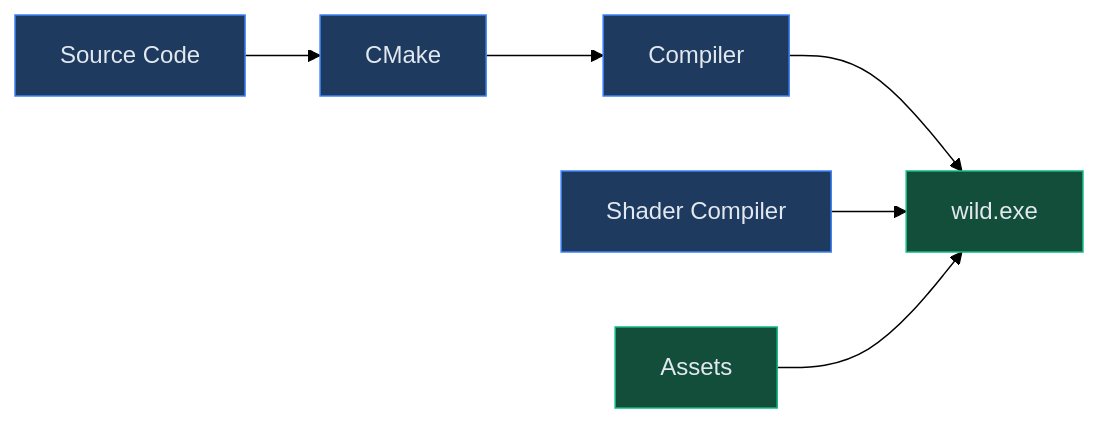
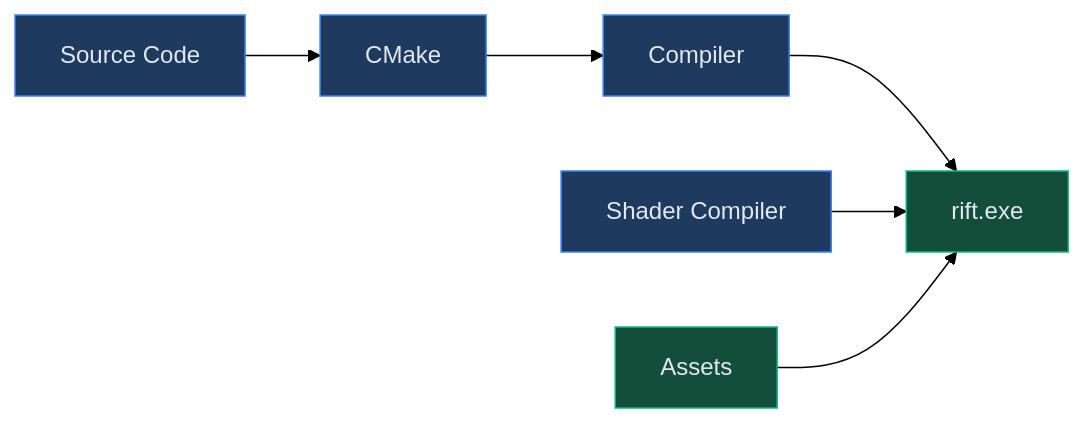
One commit to baaz777/rift changed the first of 2 diagrams in docs/BUILDING.md. Above: the diagram before and after it, drawn with Mermaid (forest theme). The commit also changed other lines of this file and 28 other files, not shown here.

```diff
--- a/docs/BUILDING.md
+++ b/docs/BUILDING.md
@@ -8,18 +8,18 @@
 <pre class="mermaid">
 flowchart LR
     classDef tool fill:#1e3a5f,stroke:#3b82f6,color:#e2e8f0
     classDef output fill:#134e3a,stroke:#10b981,color:#e2e8f0
 
     Source["Source Code"]:::tool
     CMake["CMake"]:::tool
     Compiler["Compiler"]:::tool
     Shaders["Shader Compiler"]:::tool
-    Exe["wild.exe"]:::output
+    Exe["rift.exe"]:::output
     Assets["Assets"]:::output
 
     Source --> CMake
     CMake --> Compiler
     Compiler --> Exe
     Shaders --> Exe
     Assets --> Exe
 </pre>
```
